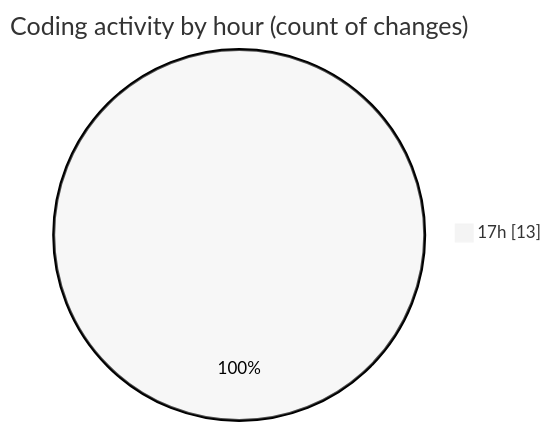
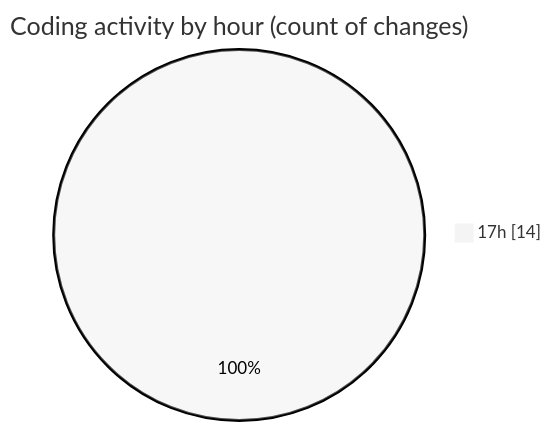
The second of 2 diagrams in 2025-02-28/audiobooks-web/README.md (robertbonfada/code-tracking), drawn with Mermaid (neutral theme) before and after one commit. The commit also changed other lines of this file and 1 other file, not shown here.

````diff
--- a/2025-02-28/audiobooks-web/README.md
+++ b/2025-02-28/audiobooks-web/README.md
@@ -35,5 +35,5 @@
 ```mermaid
 pie showData
 title Coding activity by hour (count of changes)
-"17h" : 13
+"17h" : 14
 ```
````
